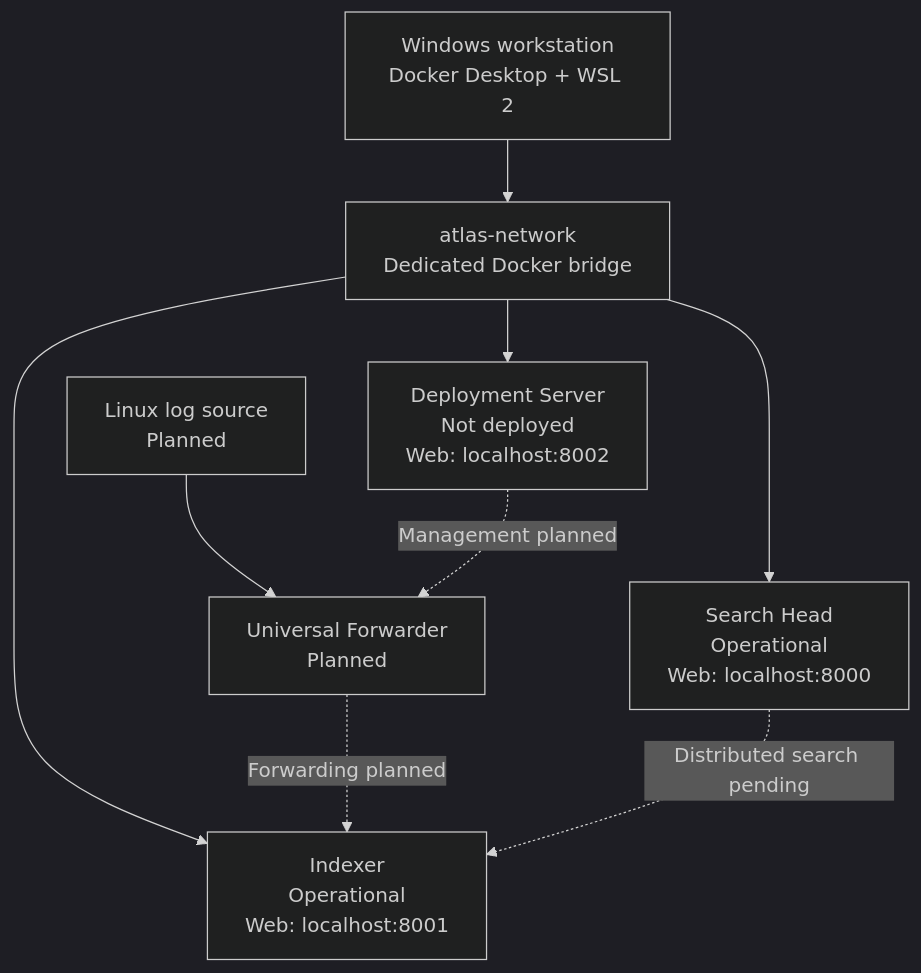
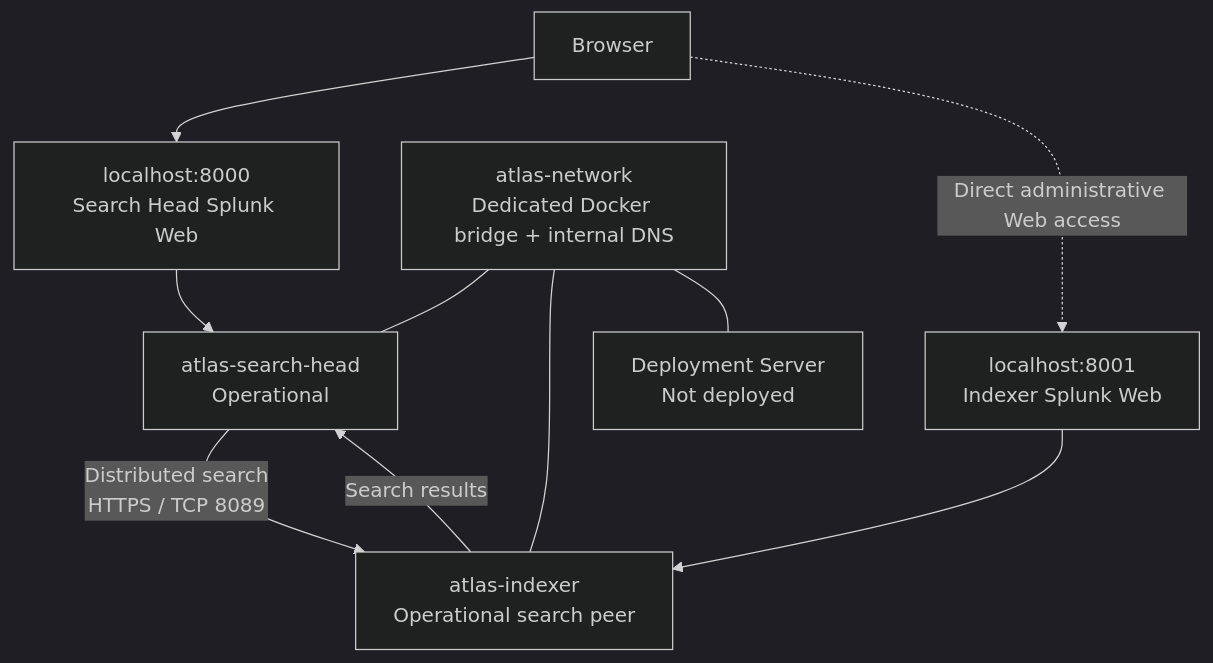
One commit to jannsenagustin/resumeops changed the diagram in docs/architecture.md. Above: the diagram before and after it, drawn with Mermaid (dark theme). The commit also changed other lines of this file and 12 other files, not shown here.

Commit message:
feat: validate Atlas distributed search milestone 03

````diff
--- a/docs/architecture.md
+++ b/docs/architecture.md
@@ -11,19 +11,18 @@
 ```mermaid
 flowchart TB
-    Host["Windows workstation<br/>Docker Desktop + WSL 2"]
-    Network["atlas-network<br/>Dedicated Docker bridge"]
-    SH["Search Head<br/>Operational<br/>Web: localhost:8000"]
-    IDX["Indexer<br/>Operational<br/>Web: localhost:8001"]
-    DS["Deployment Server<br/>Not deployed<br/>Web: localhost:8002"]
-    Linux["Linux log source<br/>Planned"]
-    UF["Universal Forwarder<br/>Planned"]
+    Browser["Browser"]
+    SHWeb["localhost:8000<br/>Search Head Splunk Web"]
+    SH["atlas-search-head<br/>Operational"]
+    IDX["atlas-indexer<br/>Operational search peer"]
+    IDXWeb["localhost:8001<br/>Indexer Splunk Web"]
+    Network["atlas-network<br/>Dedicated Docker bridge + internal DNS"]
+    DS["Deployment Server<br/>Not deployed"]
 
-    Host --> Network
-    Network --> SH
-    Network --> IDX
-    Network --> DS
-    Linux --> UF
-    UF -. "Forwarding planned" .-> IDX
-    SH -. "Distributed search pending" .-> IDX
-    DS -. "Management planned" .-> UF
+    Browser --> SHWeb --> SH
+    SH -->|"Distributed search<br/>HTTPS / TCP 8089"| IDX
+    IDX -->|"Search results"| SH
+    Browser -. "Direct administrative Web access" .-> IDXWeb --> IDX
+    Network --- SH
+    Network --- IDX
+    Network --- DS
 ```
````
